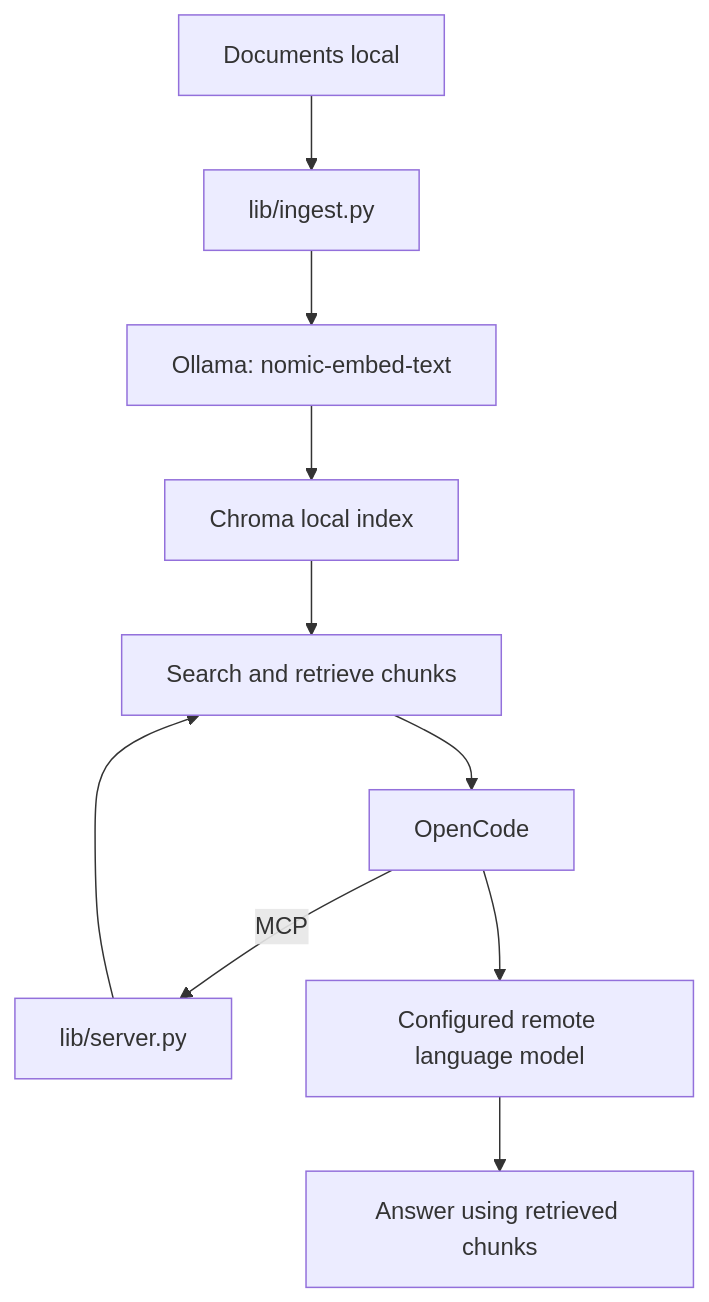
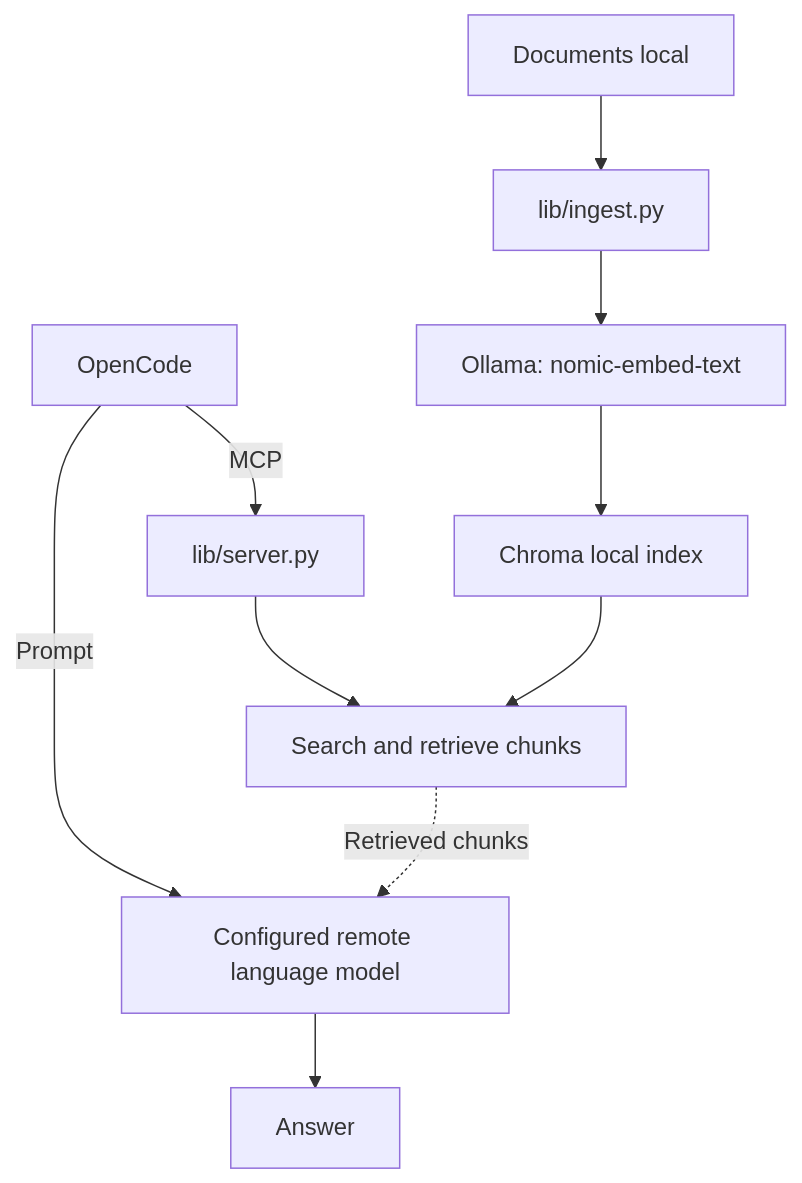
The diagram in README.md (andrepester/rag-search-mcp), drawn with Mermaid before and after one commit.

Commit message:
docs: refine Mermaid flow to match original architecture intent

````diff
--- a/README.md
+++ b/README.md
@@ -13,14 +13,14 @@
 ```mermaid
 flowchart TD
     A["Documents local"] --> B["lib/ingest.py"]
     B --> C["Ollama: nomic-embed-text"]
     C --> D["Chroma local index"]
 
     E["OpenCode"] -->|MCP| F["lib/server.py"]
     F --> G["Search and retrieve chunks"]
     D --> G
-    G --> E
 
-    E --> H["Configured remote language model"]
-    H --> I["Answer using retrieved chunks"]
+    E -->|Prompt| H["Configured remote language model"]
+    G -."Retrieved chunks".-> H
+    H --> I["Answer"]
 ```
````
